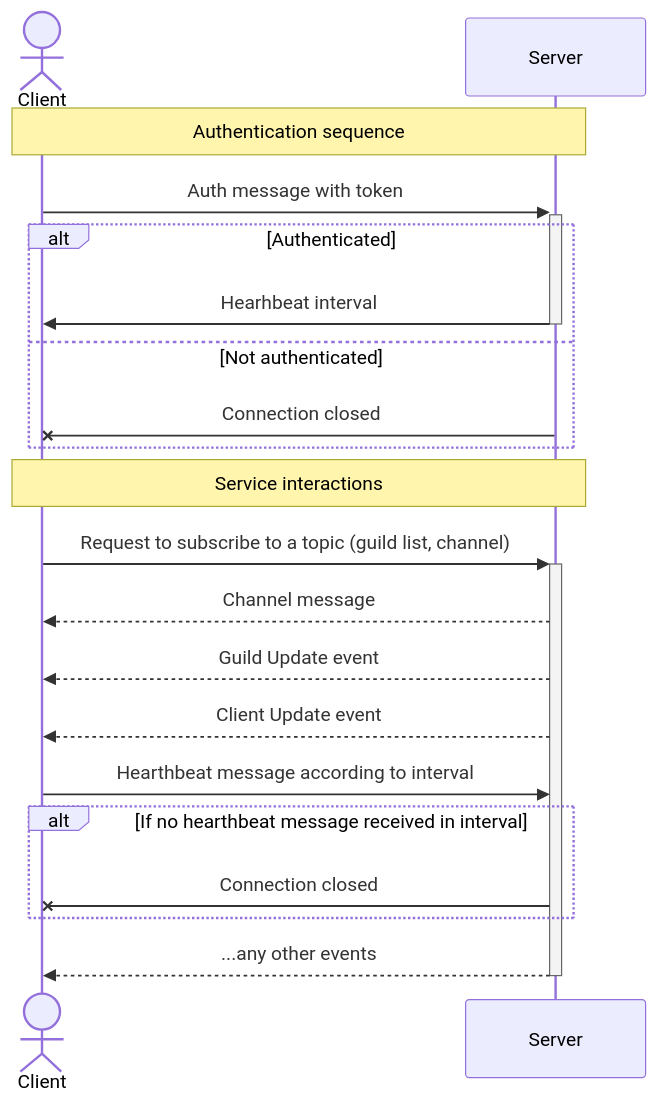
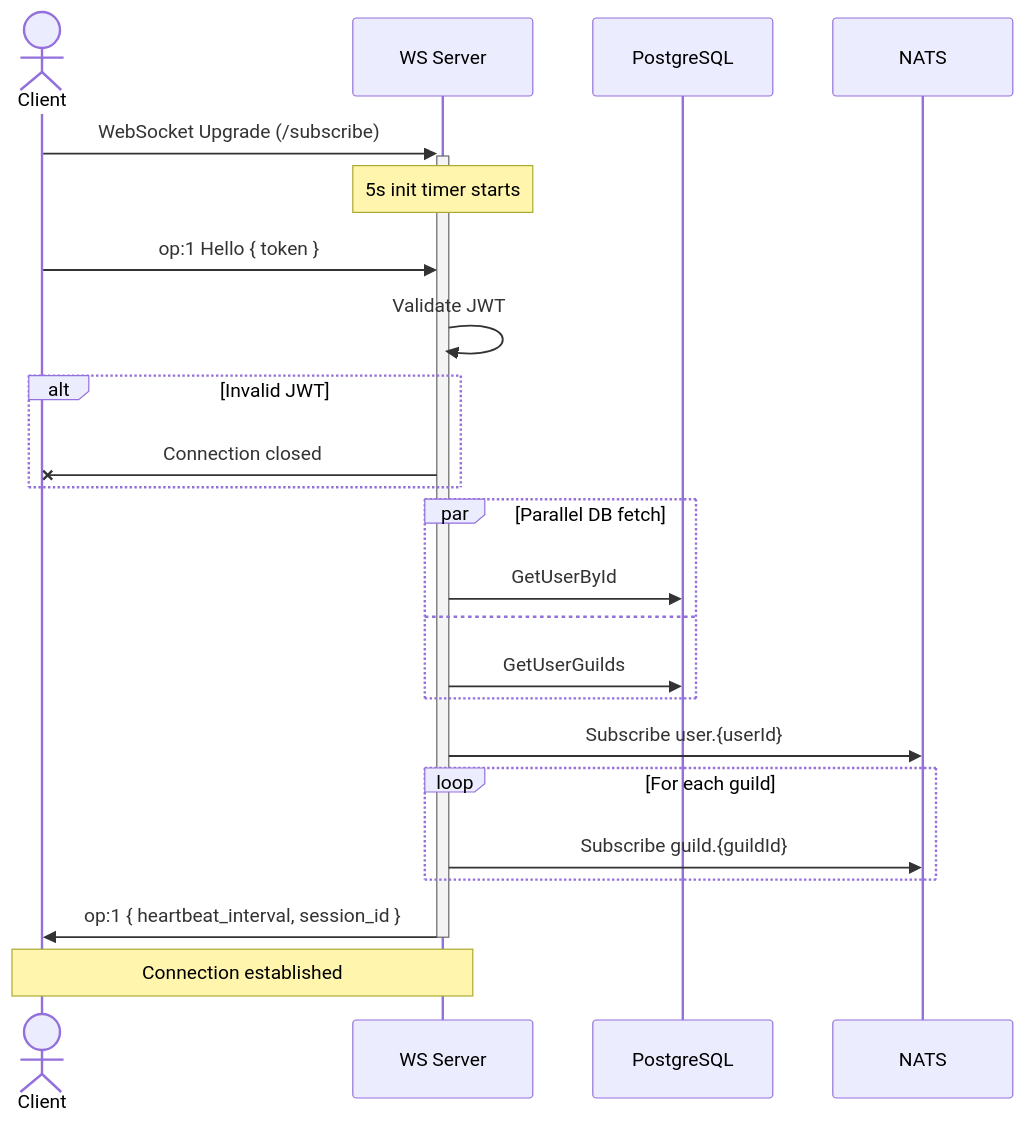
The first of 3 diagrams in docs/project/ws/EventsFlow.md (FlameInTheDark/gochat), drawn with Mermaid before and after one commit. The commit also changed other lines of this file and 62 other files, not shown here.

````diff
--- a/docs/project/ws/EventsFlow.md
+++ b/docs/project/ws/EventsFlow.md
@@ -8,23 +7,30 @@
 ```mermaid
 sequenceDiagram
     actor C as Client
-    participant S as Server
-    Note over C, S: Authentication sequence
-    C->>+S: Auth message with token
-    alt Authenticated
-        S->>-C: Hearhbeat interval
-    else Not authenticated
+    participant S as WS Server
+    participant DB as PostgreSQL
+    participant N as NATS
+
+    C->>+S: WebSocket Upgrade (/subscribe)
+    Note over S: 5s init timer starts
+
+    C->>S: op:1 Hello { token }
+    S->>S: Validate JWT
+    alt Invalid JWT
         S-xC: Connection closed
     end
 
-    Note over C, S: Service interactions
-    C->>+S: Request to subscribe to a topic (guild list, channel)
-    S-->>C: Channel message
-    S-->>C: Guild Update event
-    S-->>C: Client Update event
-    C->>S: Hearthbeat message according to interval
-    alt If no hearthbeat message received in interval
-        S-xC: Connection closed
+    par Parallel DB fetch
+        S->>DB: GetUserById
+    and
+        S->>DB: GetUserGuilds
     end
-    S-->>-C: ...any other events
+
+    S->>N: Subscribe user.{userId}
+    loop For each guild
+        S->>N: Subscribe guild.{guildId}
+    end
+
+    S->>-C: op:1 { heartbeat_interval, session_id }
+    Note over C, S: Connection established
 ```
````
